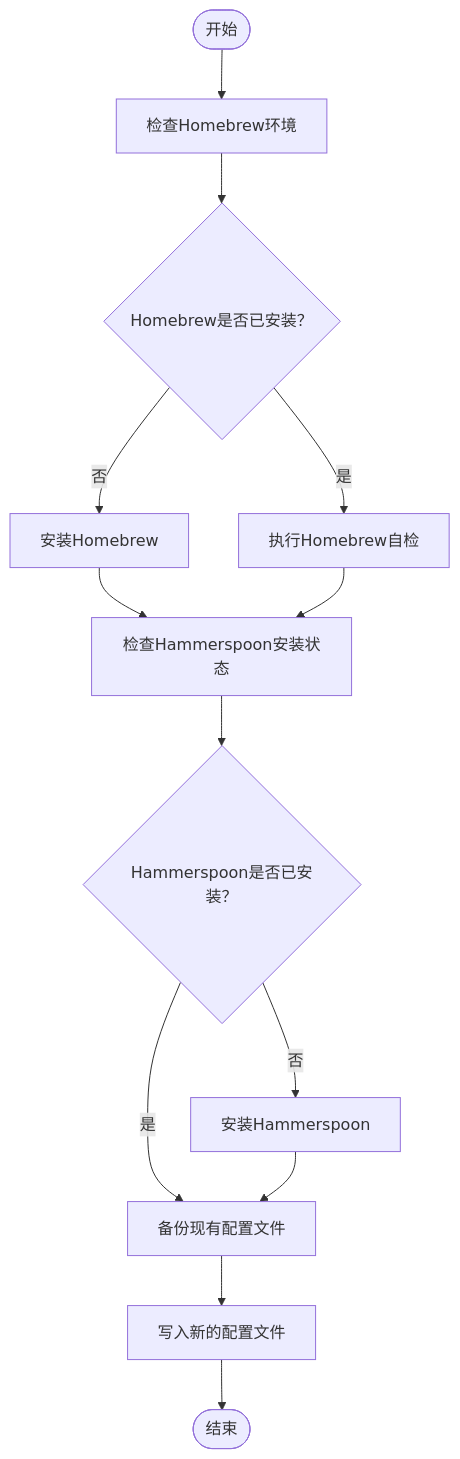
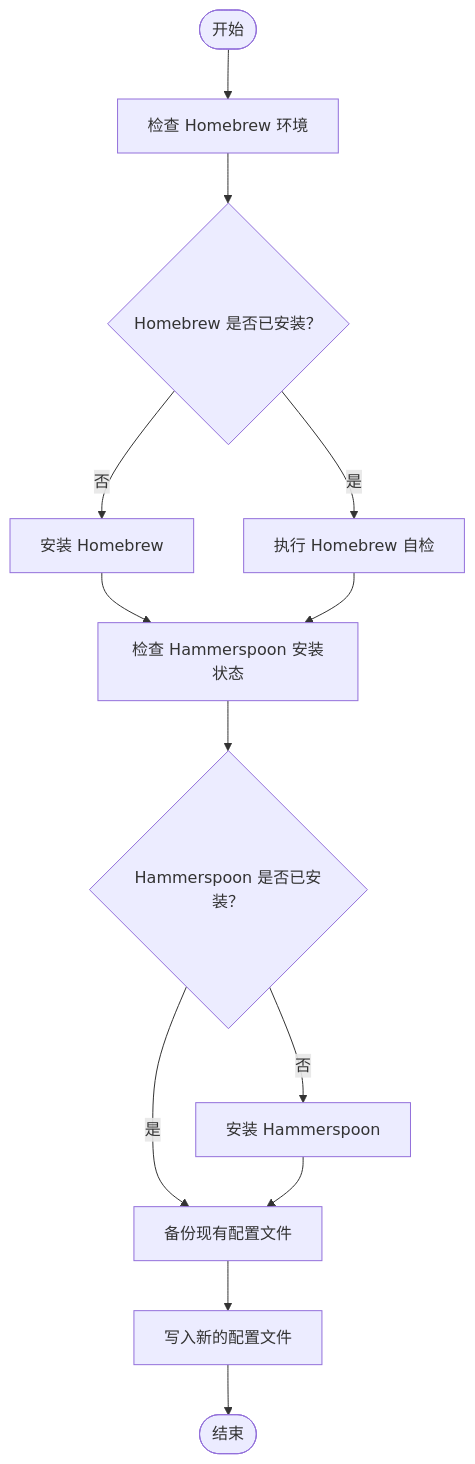
One commit to JobsKits/JobsConfigHotKeyByHammerspoon changed the diagram in README.md. Above: the diagram before and after it, drawn with Mermaid. The commit also changed other lines of this file and 1 other file, not shown here.

````diff
--- a/README.md
+++ b/README.md
@@ -29,15 +25,15 @@
 ```mermaid
 graph TD
-    A([开始]) --> B[检查Homebrew环境]
-    B --> C{Homebrew是否已安装？}
-    C --> |是| D[执行Homebrew自检]
-    C --> |否| E[安装Homebrew]
-    E --> F[检查Hammerspoon安装状态]
+    A([开始]) --> B[检查 Homebrew 环境]
+    B --> C{Homebrew 是否已安装？}
+    C --> |是| D[执行 Homebrew 自检]
+    C --> |否| E[安装 Homebrew]
+    E --> F[检查 Hammerspoon 安装状态]
     D --> F
-    F --> G{Hammerspoon是否已安装？}
+    F --> G{Hammerspoon 是否已安装？}
     G --> |是| H[备份现有配置文件]
-    G --> |否| I[安装Hammerspoon]
+    G --> |否| I[安装 Hammerspoon]
     I --> H
     H --> J[写入新的配置文件]
     J --> K([结束])
 ```
````
